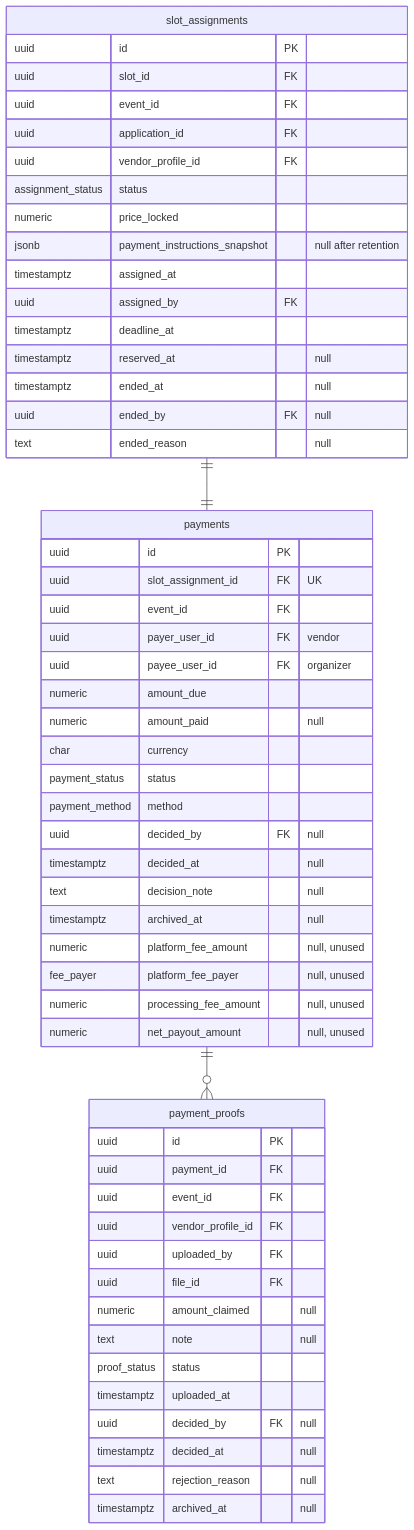
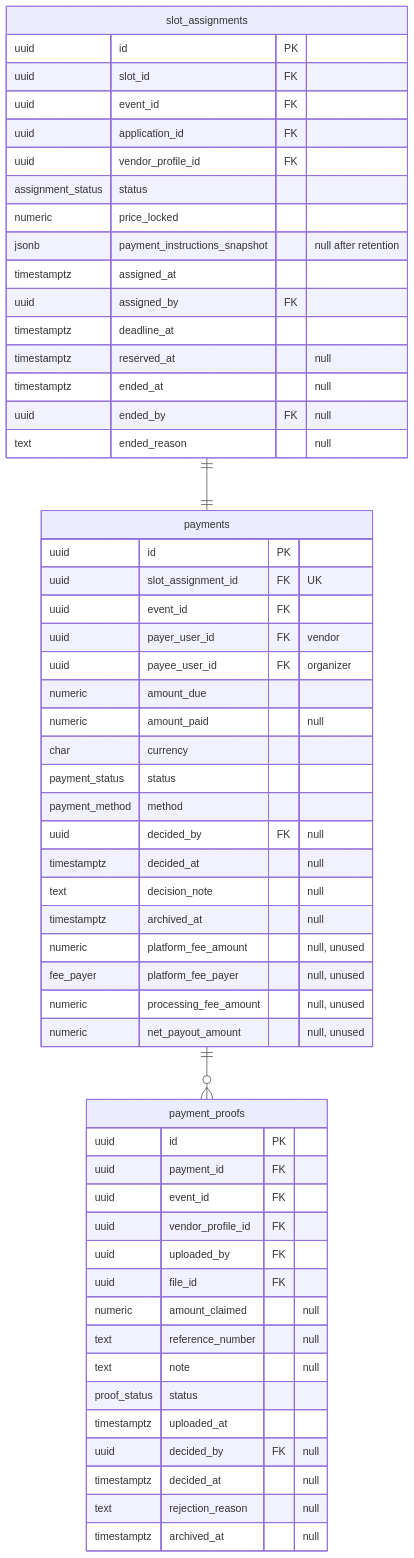
The sixth of 6 diagrams in docs/data-model.md (Aycees/Creavent), drawn with Mermaid before and after one commit. The commit also changed other lines of this file and 8 other files, not shown here.

````diff
--- a/docs/data-model.md
+++ b/docs/data-model.md
@@ -546,58 +585,59 @@
 ```mermaid
 erDiagram
     slot_assignments {
         uuid id PK
         uuid slot_id FK
         uuid event_id FK
         uuid application_id FK
         uuid vendor_profile_id FK
         assignment_status status
         numeric price_locked
         jsonb payment_instructions_snapshot "null after retention"
         timestamptz assigned_at
         uuid assigned_by FK
         timestamptz deadline_at
         timestamptz reserved_at "null"
         timestamptz ended_at "null"
         uuid ended_by FK "null"
         text ended_reason "null"
     }
     payments {
         uuid id PK
         uuid slot_assignment_id FK "UK"
         uuid event_id FK
         uuid payer_user_id FK "vendor"
         uuid payee_user_id FK "organizer"
         numeric amount_due
         numeric amount_paid "null"
         char currency
         payment_status status
         payment_method method
         uuid decided_by FK "null"
         timestamptz decided_at "null"
         text decision_note "null"
         timestamptz archived_at "null"
         numeric platform_fee_amount "null, unused"
         fee_payer platform_fee_payer "null, unused"
         numeric processing_fee_amount "null, unused"
         numeric net_payout_amount "null, unused"
     }
     payment_proofs {
         uuid id PK
         uuid payment_id FK
         uuid event_id FK
         uuid vendor_profile_id FK
         uuid uploaded_by FK
         uuid file_id FK
         numeric amount_claimed "null"
+        text reference_number "null"
         text note "null"
         proof_status status
         timestamptz uploaded_at
         uuid decided_by FK "null"
         timestamptz decided_at "null"
         text rejection_reason "null"
         timestamptz archived_at "null"
     }
     slot_assignments ||--|| payments : ""
     payments ||--o{ payment_proofs : ""
 ```
````
